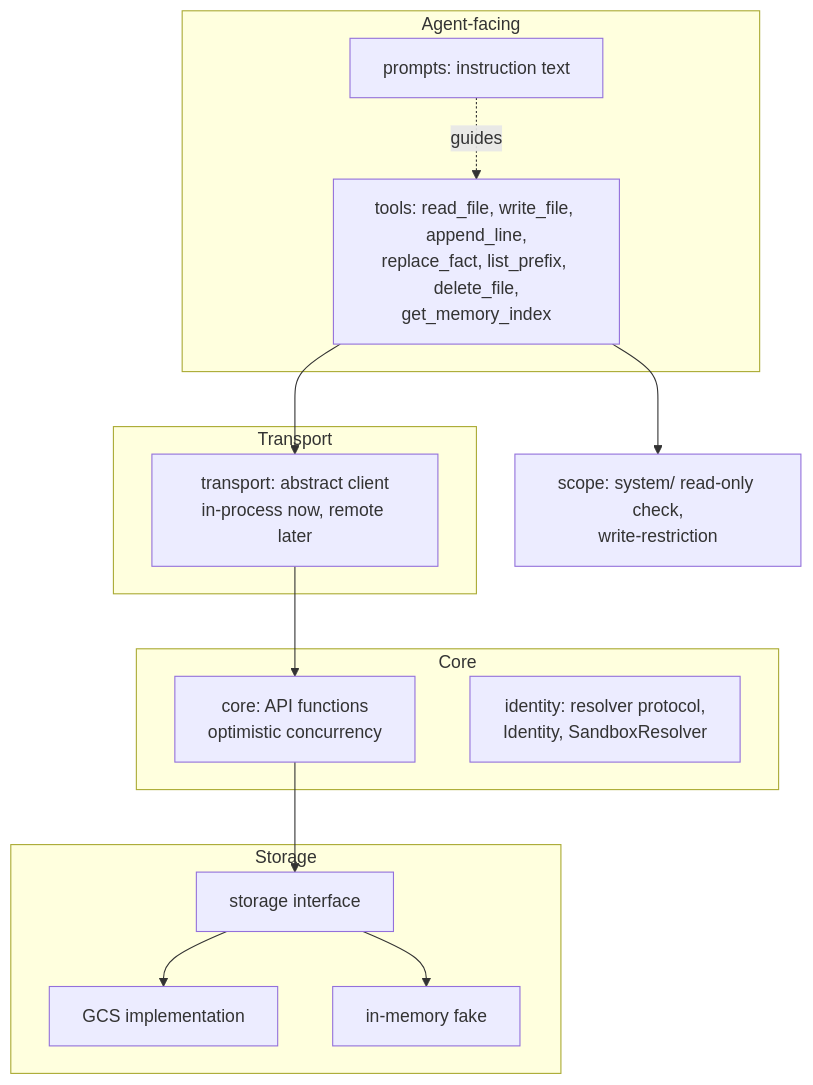
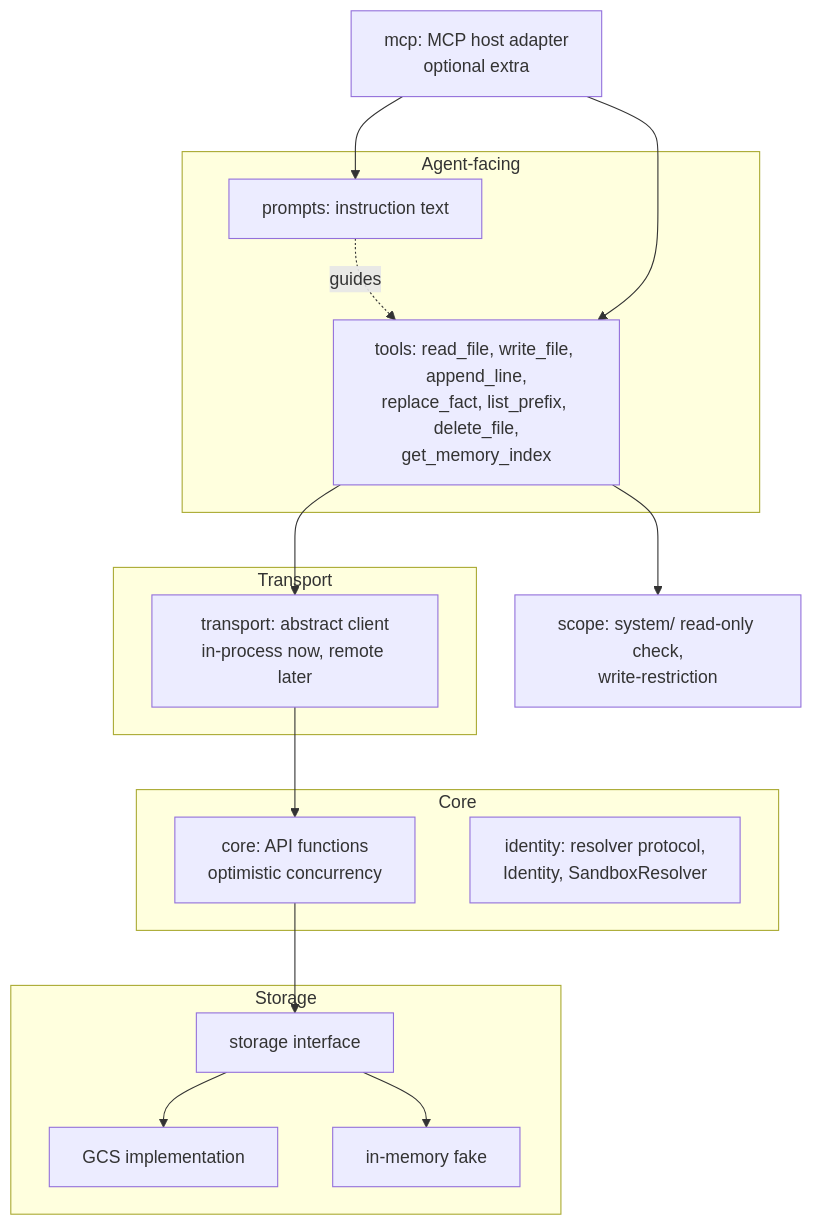
One commit to msiebert/wenchang changed the diagram in ARCHITECTURE.md. Above: the diagram before and after it, drawn with Mermaid. The commit also changed other lines of this file and 7 other files, not shown here.

Commit message:
AIE-1060: Document the MCP host adapter (ADR 0027, notes, architecture, README, review-pr)

````diff
--- a/ARCHITECTURE.md
+++ b/ARCHITECTURE.md
@@ -1051,28 +1104,31 @@
 ```mermaid
 flowchart TB
+    mcp[mcp: MCP host adapter\noptional extra]
     subgraph Agent-facing
         prompts[prompts: instruction text]
         tools[tools: read_file, write_file, append_line,\nreplace_fact, list_prefix, delete_file,\nget_memory_index]
     end
     subgraph Transport
         transport[transport: abstract client\nin-process now, remote later]
     end
     scope[scope: system/ read-only check,\nwrite-restriction]
     subgraph Core
         core[core: API functions\noptimistic concurrency]
         identity[identity: resolver protocol,\nIdentity, SandboxResolver]
     end
     subgraph Storage
         storageiface[storage interface]
         gcs[GCS implementation]
         fake[in-memory fake]
     end
 
     prompts -.guides.-> tools
+    mcp --> tools
+    mcp --> prompts
     tools --> scope
     tools --> transport
     transport --> core
     core --> storageiface
     storageiface --> gcs
     storageiface --> fake
 ```
````
